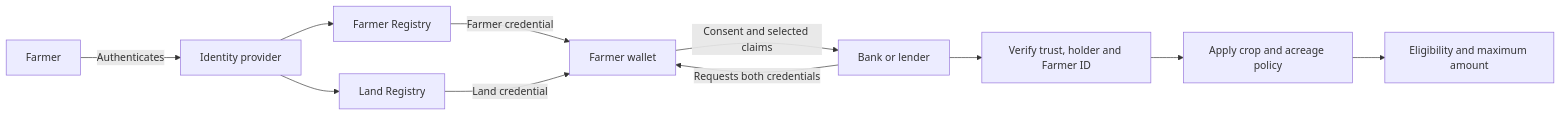
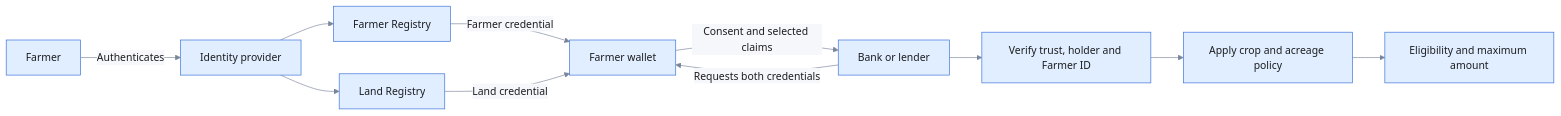
One commit to Sunbird-RC/sunbird-rc-reference-implementations changed the diagram in docs/showcase/use-cases/agriculture-rural-credit.md. Above: the diagram before and after it, drawn with Mermaid. The commit also changed 6 other files, not shown here.

````diff
--- a/docs/showcase/use-cases/agriculture-rural-credit.md
+++ b/docs/showcase/use-cases/agriculture-rural-credit.md
@@ -51,13 +51,14 @@
 ```mermaid
+%%{init: {'theme':'base','themeVariables':{'fontFamily':'Inter, system-ui, Arial','primaryColor':'#E0EEFF','primaryTextColor':'#1C1D1F','primaryBorderColor':'#346DDB','lineColor':'#79859B','secondaryColor':'#F6F7FA','tertiaryColor':'#FFFFFF'}}}%%
 flowchart LR
   F[Farmer] -->|Authenticates| IDP[Identity provider]
   IDP --> FR[Farmer Registry]
   IDP --> LR[Land Registry]
   FR -->|Farmer credential| W[Farmer wallet]
   LR -->|Land credential| W
   B[Bank or lender] -->|Requests both credentials| W
   W -->|Consent and selected claims| B
   B --> V[Verify trust, holder and Farmer ID]
   V --> P[Apply crop and acreage policy]
   P --> O[Eligibility and maximum amount]
 ```
````
